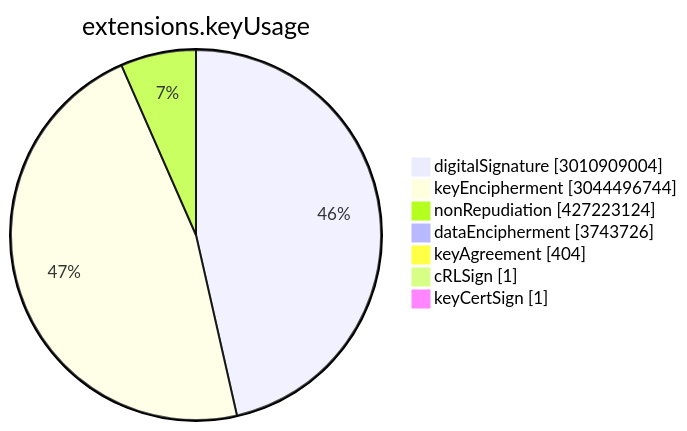
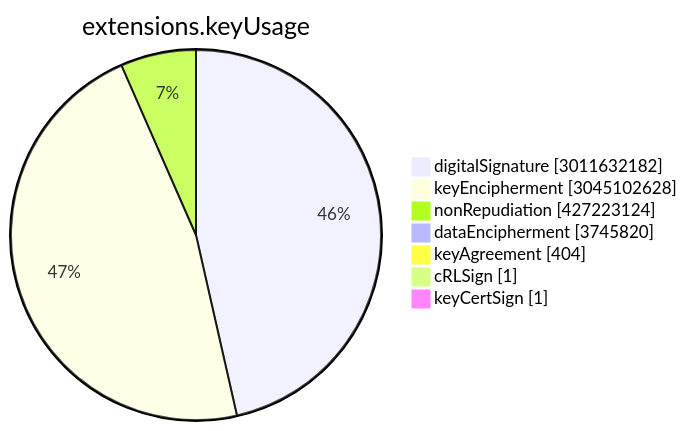
The sixth of 15 diagrams in TOTAL/README.md (christiankrug/ctmonitor_visualization), drawn with Mermaid before and after one commit. The commit also changed other lines of this file, not shown here.

````diff
--- a/TOTAL/README.md
+++ b/TOTAL/README.md
@@ -3076,11 +3076,11 @@
 ```mermaid
 pie showData
 title extensions.keyUsage
-"digitalSignature" :3010909004
-"keyEncipherment" :3044496744
+"digitalSignature" :3011632182
+"keyEncipherment" :3045102628
 "nonRepudiation" :427223124
-"dataEncipherment" :3743726
+"dataEncipherment" :3745820
 "keyAgreement" :404
 "cRLSign" :1
 "keyCertSign" :1
 ```
````
